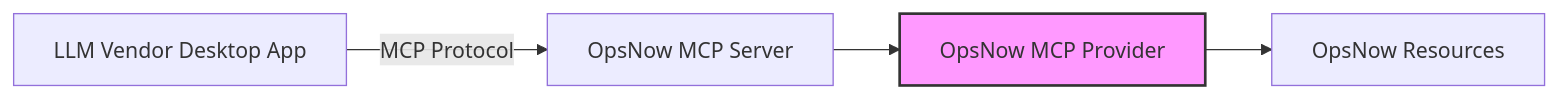
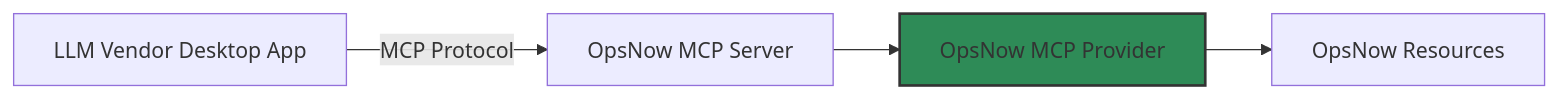
One commit to taejulee/opsnow-mcp-provider changed the diagram in README.md. Above: the diagram before and after it, drawn with Mermaid.

Commit message:
docs: Update Mermaid diagram highlight color to dark green

````diff
--- a/README.md
+++ b/README.md
@@ -7,8 +7,8 @@
 ```mermaid
 graph LR
     A[LLM Vendor Desktop App] --> |MCP Protocol| B[OpsNow MCP Server]
     B --> C[OpsNow MCP Provider]:::highlight
     C --> D[OpsNow Resources]
     
-    classDef highlight fill:#f9f,stroke:#333,stroke-width:2px;
+    classDef highlight fill:#2e8b57,stroke:#333,stroke-width:2px;
 ```
````
